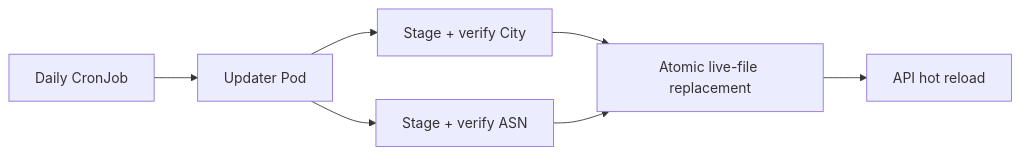
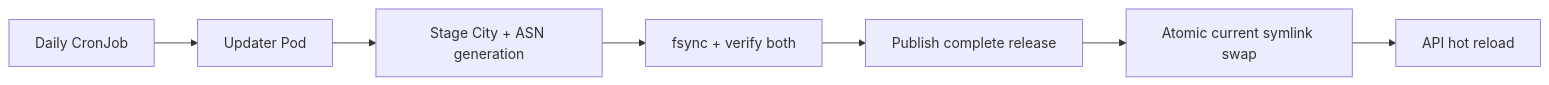
The seventh of 10 diagrams in docs/KUBERNETES.md (Jstarzz/geotagger), drawn with Mermaid before and after one commit. The commit also changed other lines of this file, not shown here.

Commit message:
docs: explain atomic MMDB bundle in K3s

````diff
--- a/docs/KUBERNETES.md
+++ b/docs/KUBERNETES.md
@@ -339,9 +305,9 @@
 ```mermaid
 flowchart LR
     CRON["Daily CronJob"] --> JOB["Updater Pod"]
-    JOB --> CITY["Stage + verify City"]
-    JOB --> ASN["Stage + verify ASN"]
-    CITY --> LIVE["Atomic live-file replacement"]
-    ASN --> LIVE
-    LIVE --> API["API hot reload"]
+    JOB --> STAGE["Stage City + ASN generation"]
+    STAGE --> VERIFY["fsync + verify both"]
+    VERIFY --> RELEASE["Publish complete release"]
+    RELEASE --> SWITCH["Atomic current symlink swap"]
+    SWITCH --> API["API hot reload"]
 ```
````
